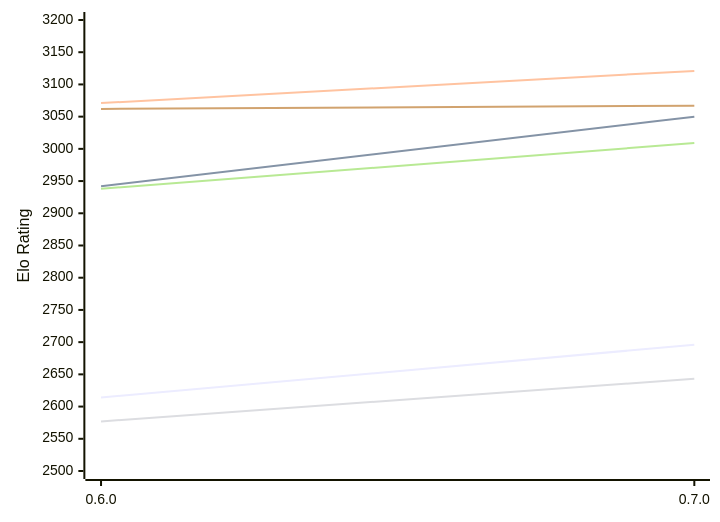
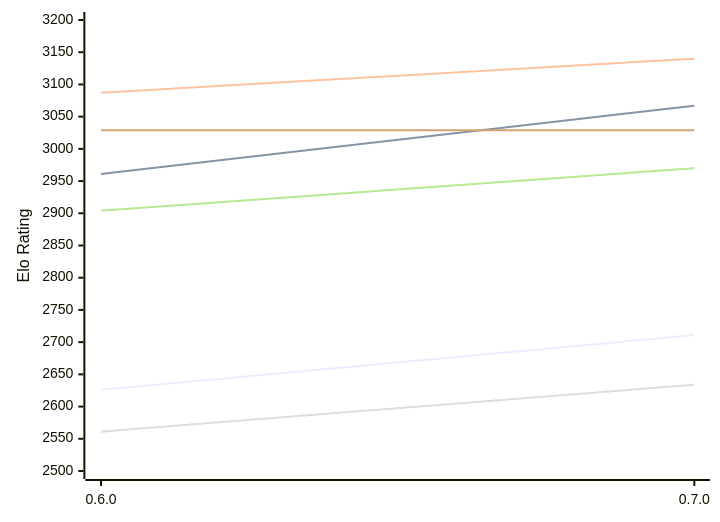
One commit to computer-chess-index/cci changed the first of 2 diagrams in engines/AteNika.md. Above: the diagram before and after it, drawn with Mermaid. The commit also changed other lines of this file, not shown here.

Commit message:
Update CCI Ratings (ELO VLTC) - 2026-11-14

````diff
--- a/engines/AteNika.md
+++ b/engines/AteNika.md
@@ -52,12 +52,12 @@
 ```mermaid
 %%{init: {"theme":"base","themeVariables":{"seriesColors:['#a3a3a3','#222221','#faa371']}}}%%
 xychart-beta
   x-axis ["0.6.0", "0.7.0"]
   y-axis "Elo Rating" 2500 --> 3200
-  line "E1: STC (8.0+0.08s)" [2614, 2696]
-  line "E1: LTC (60.0+0.60s)" [2942, 3050]
-  line "E1: VLTC (2m24s+1.12s)" [3071, 3121]
-  line "P1: STC (8.0+0.08s)" [2577, 2643]
-  line "P1: LTC (60.0+0.60s)" [2938, 3009]
-  line "P1: VLTC (2m24s+1.12s)" [3062, 3067]
+  line "E1: STC (8.0+0.08s)" [2626, 2711]
+  line "E1: LTC (60.0+0.60s)" [2961, 3067]
+  line "E1: VLTC (2m24s+1.12s)" [3087, 3140]
+  line "P1: STC (8.0+0.08s)" [2561, 2634]
+  line "P1: LTC (60.0+0.60s)" [2904, 2970]
+  line "P1: VLTC (2m24s+1.12s)" [3029, 3029]
 ```
````
